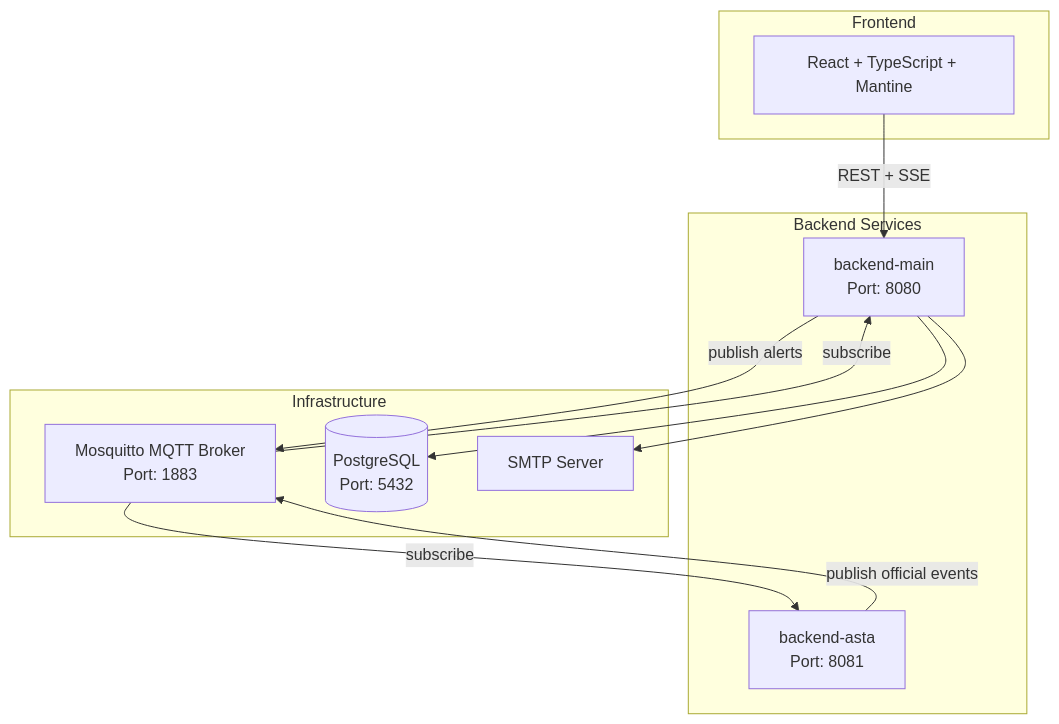
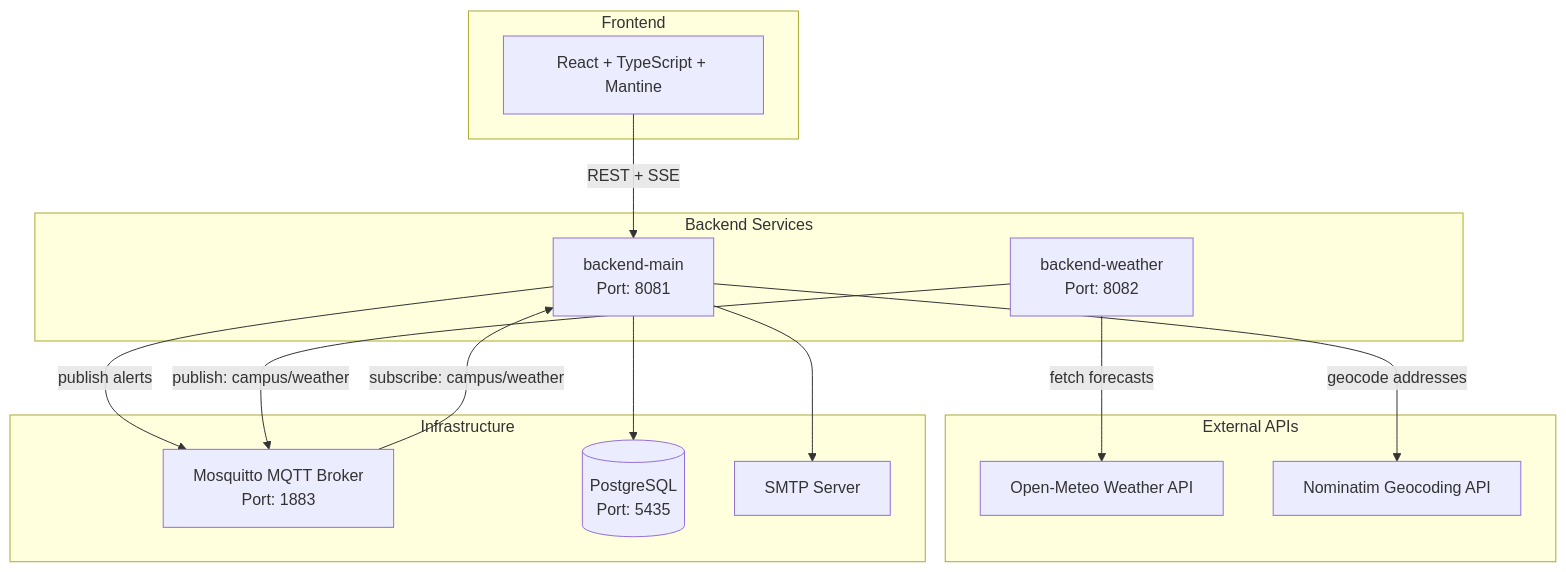
The first of 4 diagrams in docs/MyStudyApp_architecture.md (Ahmed-Mhiri/campus_event_app), drawn with Mermaid before and after one commit. The commit also changed other lines of this file and 55 other files, not shown here.

````diff
--- a/docs/MyStudyApp_architecture.md
+++ b/docs/MyStudyApp_architecture.md
@@ -15,25 +15,31 @@
 ```mermaid
 graph TB
     subgraph "Frontend"
         FE[React + TypeScript + Mantine]
     end
 
     subgraph "Backend Services"
-        BM[backend-main<br/>Port: 8080]
-        BA[backend-asta<br/>Port: 8081]
+        BM[backend-main<br/>Port: 8081]
+        BW[backend-weather<br/>Port: 8082]
+    end
+
+    subgraph "External APIs"
+        OM[Open-Meteo Weather API]
+        NM[Nominatim Geocoding API]
     end
 
     subgraph "Infrastructure"
         MQ[Mosquitto MQTT Broker<br/>Port: 1883]
-        DB[(PostgreSQL<br/>Port: 5432)]
+        DB[(PostgreSQL<br/>Port: 5435)]
         SMTP[SMTP Server]
     end
 
     FE -->|REST + SSE| BM
     BM -->|publish alerts| MQ
-    MQ -->|subscribe| BM
-    MQ -->|subscribe| BA
-    BA -->|publish official events| MQ
+    MQ -->|subscribe: campus/weather| BM
+    BW -->|publish: campus/weather| MQ
+    BW -->|fetch forecasts| OM
+    BM -->|geocode addresses| NM
     BM --> DB
     BM --> SMTP
 ```
````
